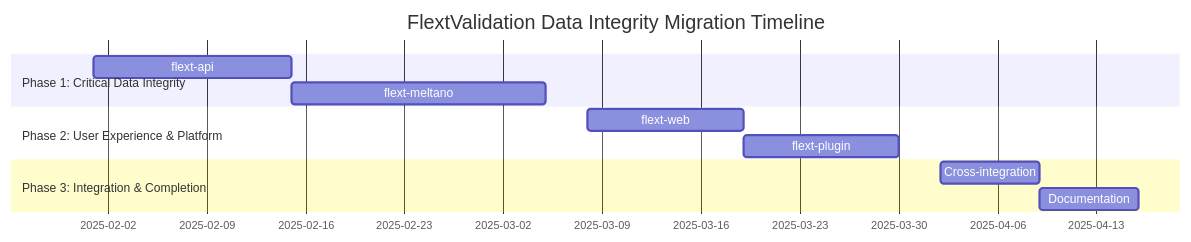
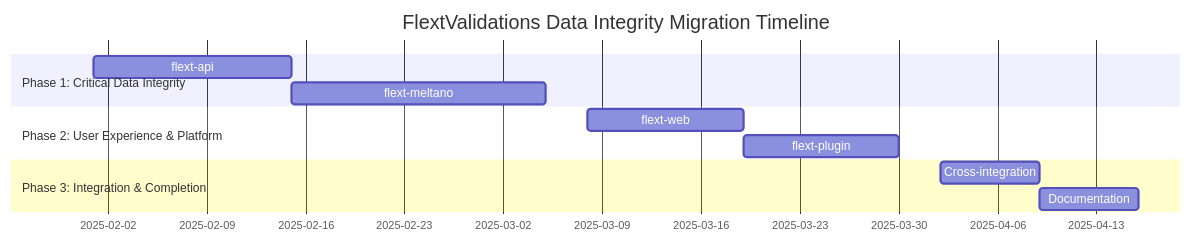
One commit to flext-sh/flext-core changed the diagram in docs/architecture/validation/migration-roadmap.md. Above: the diagram before and after it, drawn with Mermaid. The commit also changed other lines of this file and 100 other files, not shown here.

````diff
--- a/docs/architecture/validation/migration-roadmap.md
+++ b/docs/architecture/validation/migration-roadmap.md
@@ -30,16 +30,16 @@
 ```mermaid
 gantt
-    title FlextValidation Data Integrity Migration Timeline
+    title FlextValidations Data Integrity Migration Timeline
     dateFormat  YYYY-MM-DD
     section Phase 1: Critical Data Integrity
     flext-api          :2025-02-01, 2w
     flext-meltano      :2025-02-15, 2.5w
     
     section Phase 2: User Experience & Platform
     flext-web          :2025-03-08, 1.5w
     flext-plugin       :2025-03-19, 1.5w
     
     section Phase 3: Integration & Completion
     Cross-integration  :2025-04-02, 1w
     Documentation      :2025-04-09, 1w
 ```
````
